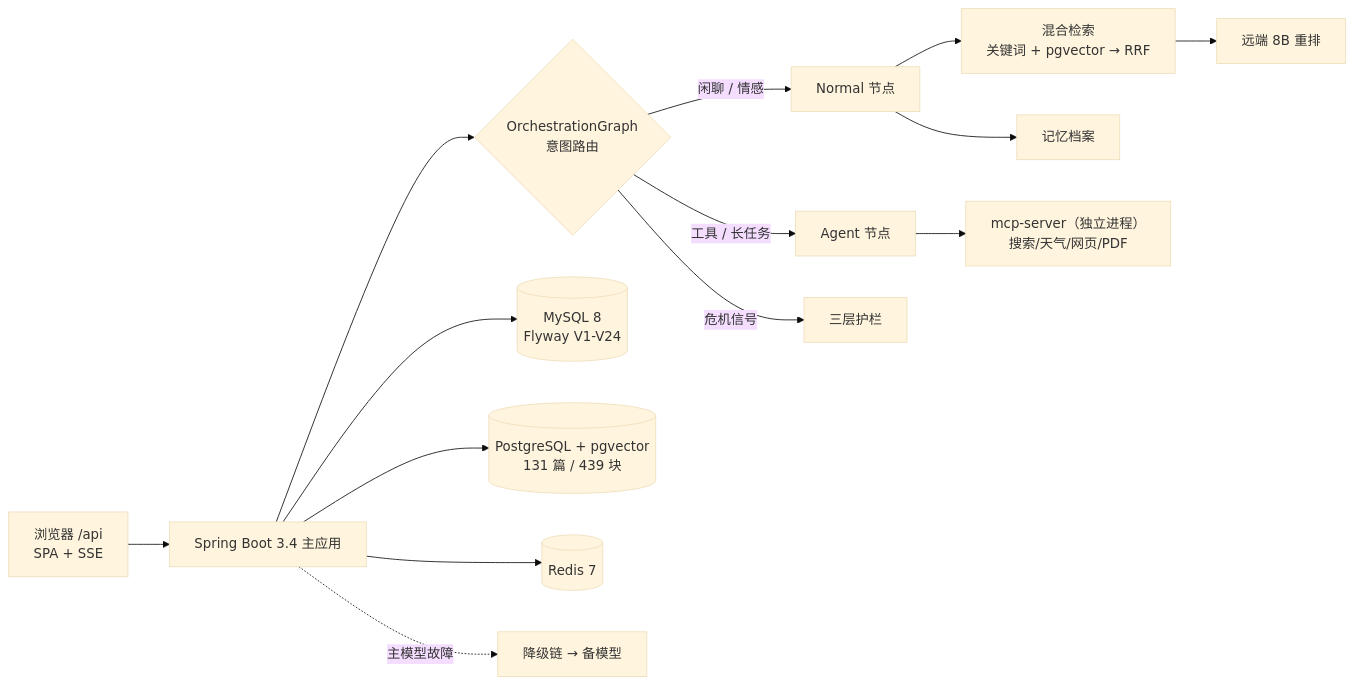
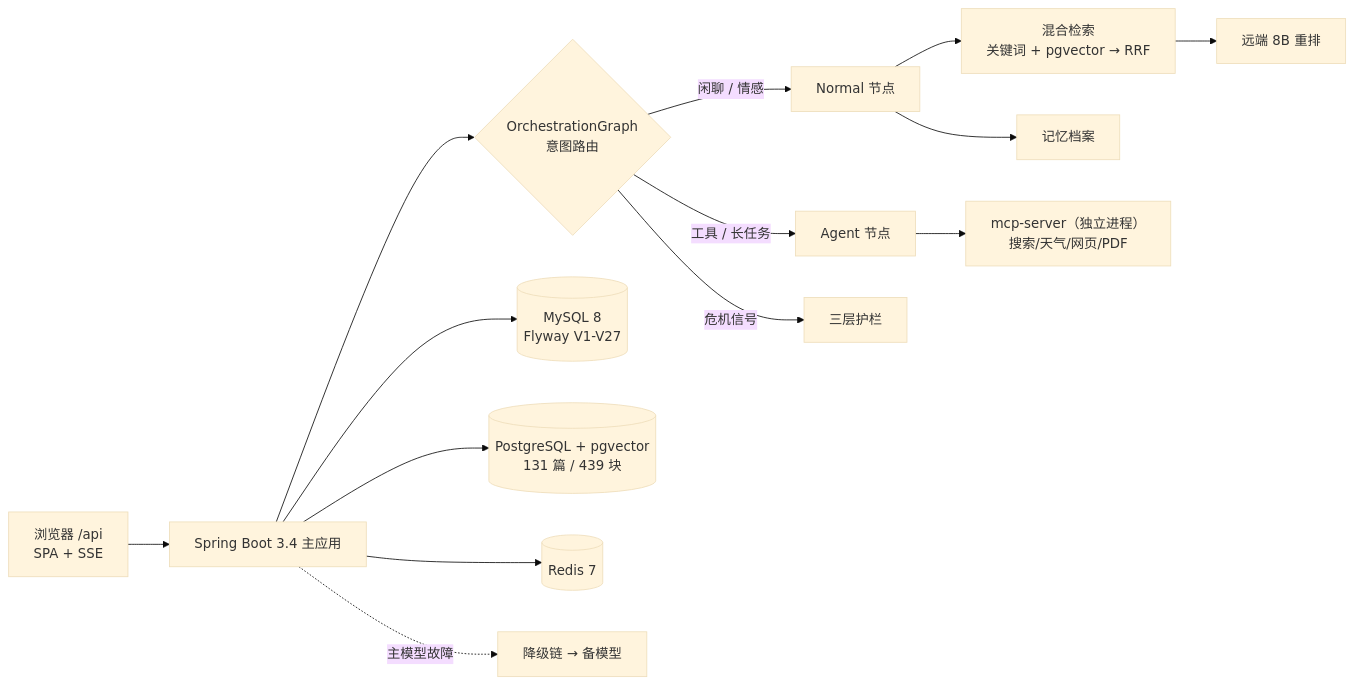
Before and after one commit to Mitsuki-lwx/LoveHelping-agent: the diagram in README.md, drawn with Mermaid (base theme). The commit also changed other lines of this file and 4 other files, not shown here.

````diff
--- a/README.md
+++ b/README.md
@@ -155,16 +161,16 @@
 ```mermaid
 flowchart LR
   U["浏览器 /api<br/>SPA + SSE"] --> A["Spring Boot 3.4 主应用"]
   A --> C{"OrchestrationGraph<br/>意图路由"}
   C -->|闲聊 / 情感| N["Normal 节点"]
   C -->|工具 / 长任务| T["Agent 节点"]
   C -->|危机信号| G["三层护栏"]
   N --> RAG["混合检索<br/>关键词 + pgvector → RRF"]
   RAG --> RR["远端 8B 重排"]
   N --> MEM["记忆档案"]
   T --> M["mcp-server（独立进程）<br/>搜索/天气/网页/PDF"]
-  A --> DB[("MySQL 8<br/>Flyway V1-V24")]
+  A --> DB[("MySQL 8<br/>Flyway V1-V27")]
   A --> V[("PostgreSQL + pgvector<br/>131 篇 / 439 块")]
   A --> RD[("Redis 7")]
   A -.->|主模型故障| FB["降级链 → 备模型"]
 ```
````
